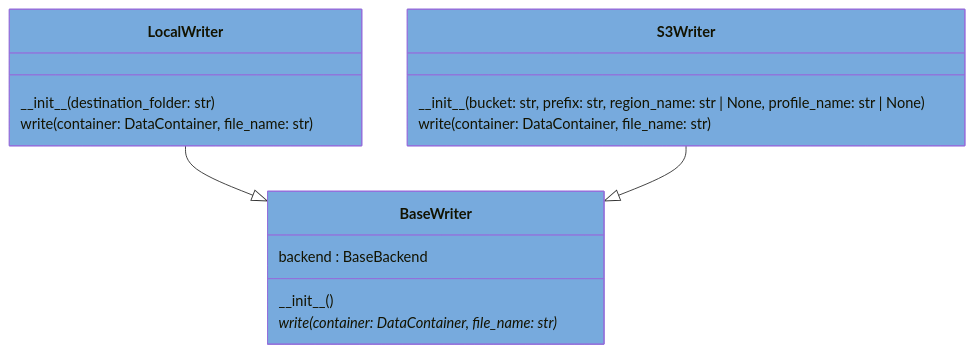
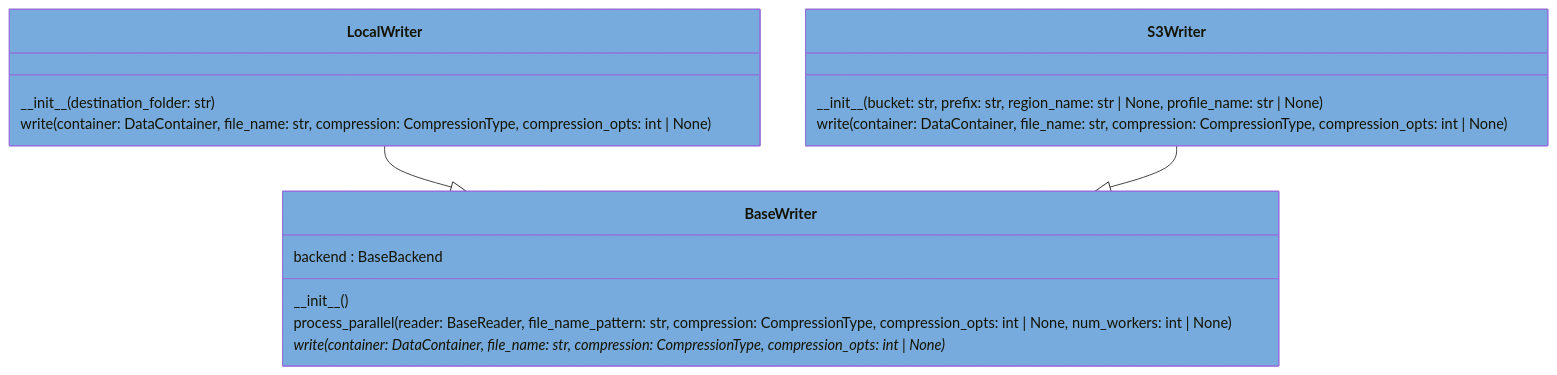
One commit to voidsy-gmbh/pyThermoNDT changed the diagram in docs/pyreverse/mermaid/classes_pythermondt.writers.mmd. Above: the diagram before and after it, drawn with Mermaid. The commit also changed 15 other files, not shown here.

Commit message:
Update mermaid diagrams (#224)

```diff
--- a/docs/pyreverse/mermaid/classes_pythermondt.writers.mmd
+++ b/docs/pyreverse/mermaid/classes_pythermondt.writers.mmd
@@ -1,19 +1,20 @@
 classDiagram
   class BaseWriter {
     backend : BaseBackend
     \_\_init\_\_()
-    write(container: DataContainer, file_name: str)*
+    process_parallel(reader: BaseReader, file_name_pattern: str, compression: CompressionType, compression_opts: int | None, num_workers: int | None)
+    write(container: DataContainer, file_name: str, compression: CompressionType, compression_opts: int | None)*
   }
   style BaseWriter fill:#77AADD
   class LocalWriter {
     \_\_init\_\_(destination_folder: str)
-    write(container: DataContainer, file_name: str)
+    write(container: DataContainer, file_name: str, compression: CompressionType, compression_opts: int | None)
   }
   style LocalWriter fill:#77AADD
   class S3Writer {
     \_\_init\_\_(bucket: str, prefix: str, region_name: str | None, profile_name: str | None)
-    write(container: DataContainer, file_name: str)
+    write(container: DataContainer, file_name: str, compression: CompressionType, compression_opts: int | None)
   }
   style S3Writer fill:#77AADD
   LocalWriter --|> BaseWriter
   S3Writer --|> BaseWriter
```
